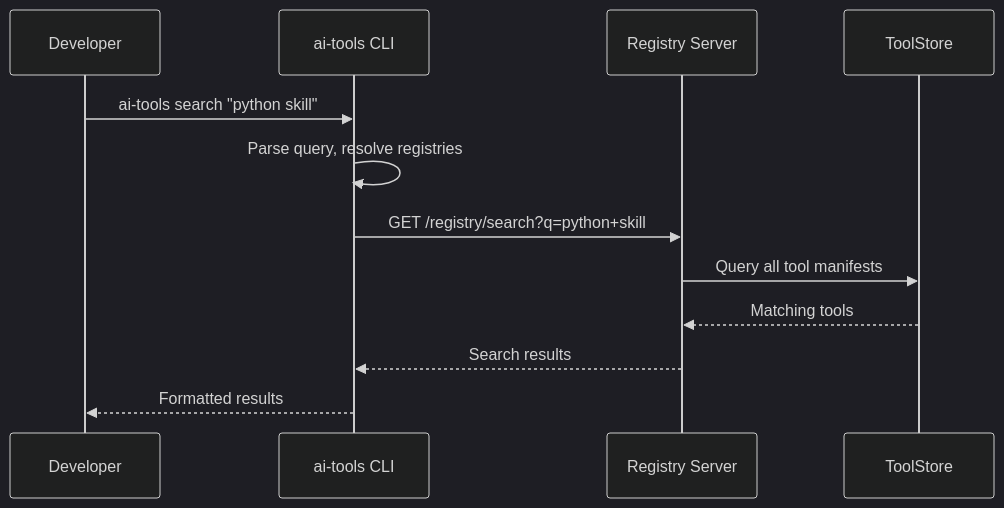
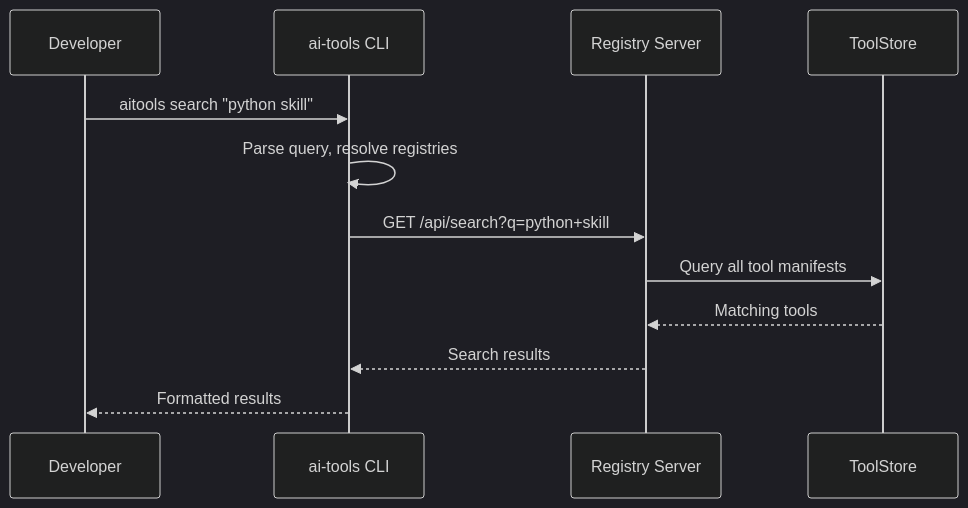
One commit to bitgenetics/aitools changed the fourth of 4 diagrams in docs/design/system-architecture.md. Above: the diagram before and after it, drawn with Mermaid (dark theme). The commit also changed other lines of this file and 13 other files, not shown here.

````diff
--- a/docs/design/system-architecture.md
+++ b/docs/design/system-architecture.md
@@ -133,15 +133,15 @@
 ```mermaid
 sequenceDiagram
     participant Dev as Developer
     participant CLI as ai-tools CLI
     participant Registry as Registry Server
     participant Store as ToolStore
 
-    Dev->>CLI: ai-tools search "python skill"
+    Dev->>CLI: aitools search "python skill"
     CLI->>CLI: Parse query, resolve registries
-    CLI->>Registry: GET /registry/search?q=python+skill
+    CLI->>Registry: GET /api/search?q=python+skill
     Registry->>Store: Query all tool manifests
     Store-->>Registry: Matching tools
     Registry-->>CLI: Search results
     CLI-->>Dev: Formatted results
 ```
````
